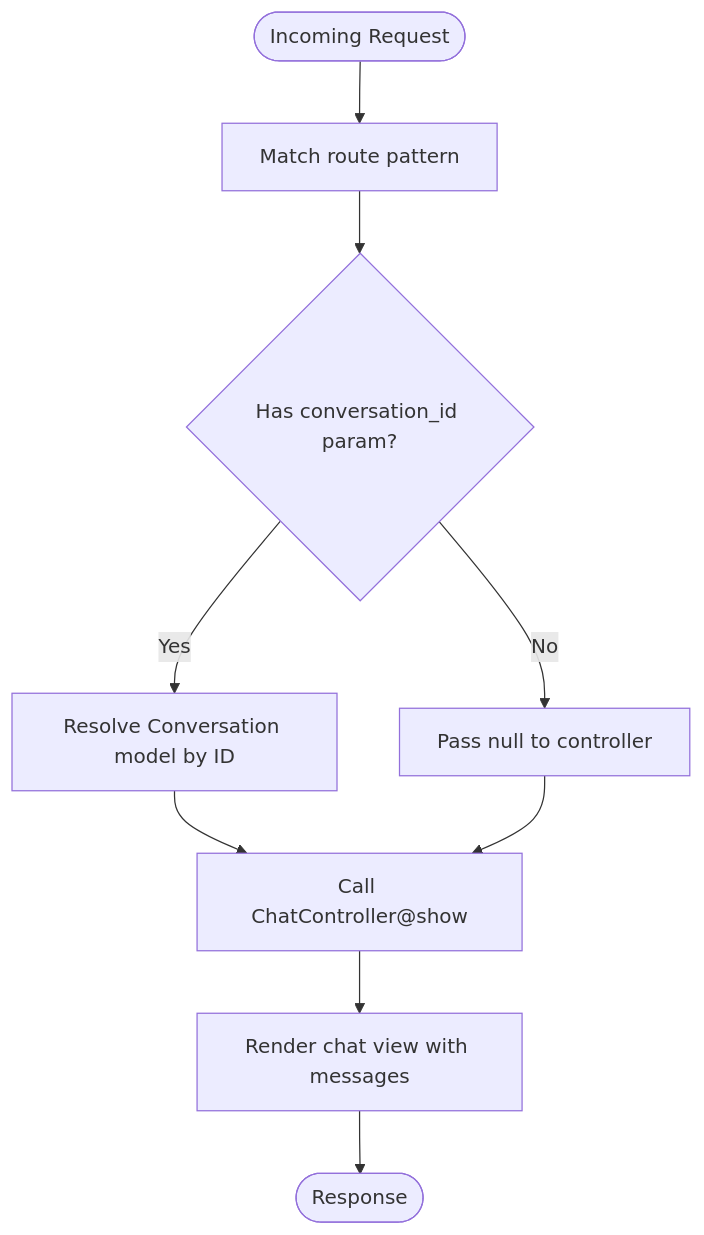
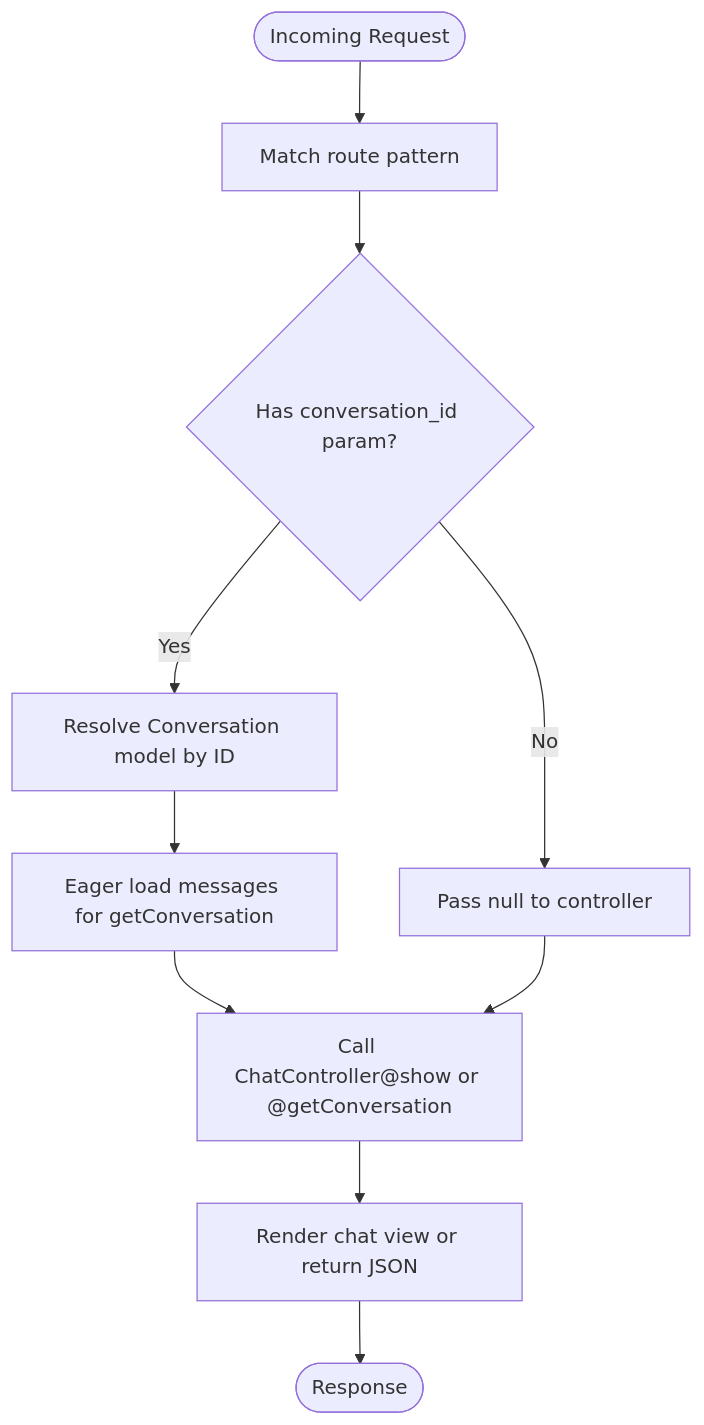
One commit to siimliimand/laravel-assistant changed the fourth of 9 diagrams in .qoder/repowiki/en/content/Laravel Application Components/Routing.md. Above: the diagram before and after it, drawn with Mermaid. The commit also changed other lines of this file and 7 other files, not shown here.

````diff
--- a/.qoder/repowiki/en/content/Laravel Application Components/Routing.md
+++ b/.qoder/repowiki/en/content/Laravel Application Components/Routing.md
@@ -199,11 +239,12 @@
 ```mermaid
 flowchart TD
 Start(["Incoming Request"]) --> Match["Match route pattern"]
 Match --> Param{"Has conversation_id param?"}
 Param --> |Yes| Resolve["Resolve Conversation model by ID"]
 Param --> |No| NullConv["Pass null to controller"]
-Resolve --> CallAction["Call ChatController@show"]
+Resolve --> EagerLoad["Eager load messages for getConversation"]
+EagerLoad --> CallAction["Call ChatController@show or @getConversation"]
 NullConv --> CallAction
-CallAction --> Render["Render chat view with messages"]
+CallAction --> Render["Render chat view or return JSON"]
 Render --> End(["Response"])
 ```
````
